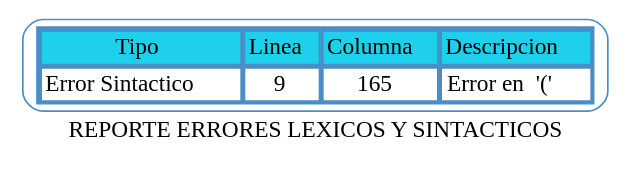
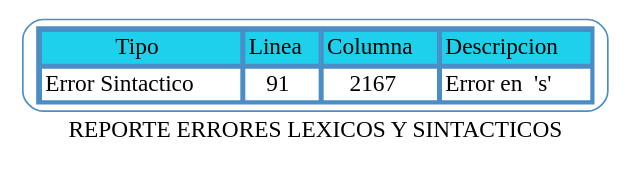
Before and after one commit to sicmmar/Proyecto-Compi2: the diagram in reporteerrores.dot, drawn with Graphviz. The commit also changed 30 other files, not shown here.

```diff
--- a/reporteerrores.dot
+++ b/reporteerrores.dot
@@ -1,12 +1,12 @@
 Digraph  reporte{label="REPORTE ERRORES LEXICOS Y SINTACTICOS"
 node [shape=record,style=rounded,color="#4b8dc5"];
 arset [label=<
 <TABLE border= "2"  cellspacing= "-1" color="#4b8dc5">
 <TR>
 <TD bgcolor="#1ED0EC">Tipo</TD>
 <TD bgcolor="#1ED0EC">Linea</TD>
 <TD bgcolor="#1ED0EC">Columna</TD>
 <TD bgcolor="#1ED0EC">Descripcion</TD>
 </TR>
-<TR> <TD>Error Sintactico</TD><TD>9</TD> <TD>165</TD><TD>Error en  '('</TD></TR></TABLE>
+<TR> <TD>Error Sintactico</TD><TD>91</TD> <TD>2167</TD><TD>Error en  's'</TD></TR></TABLE>
 >, ];}
```
